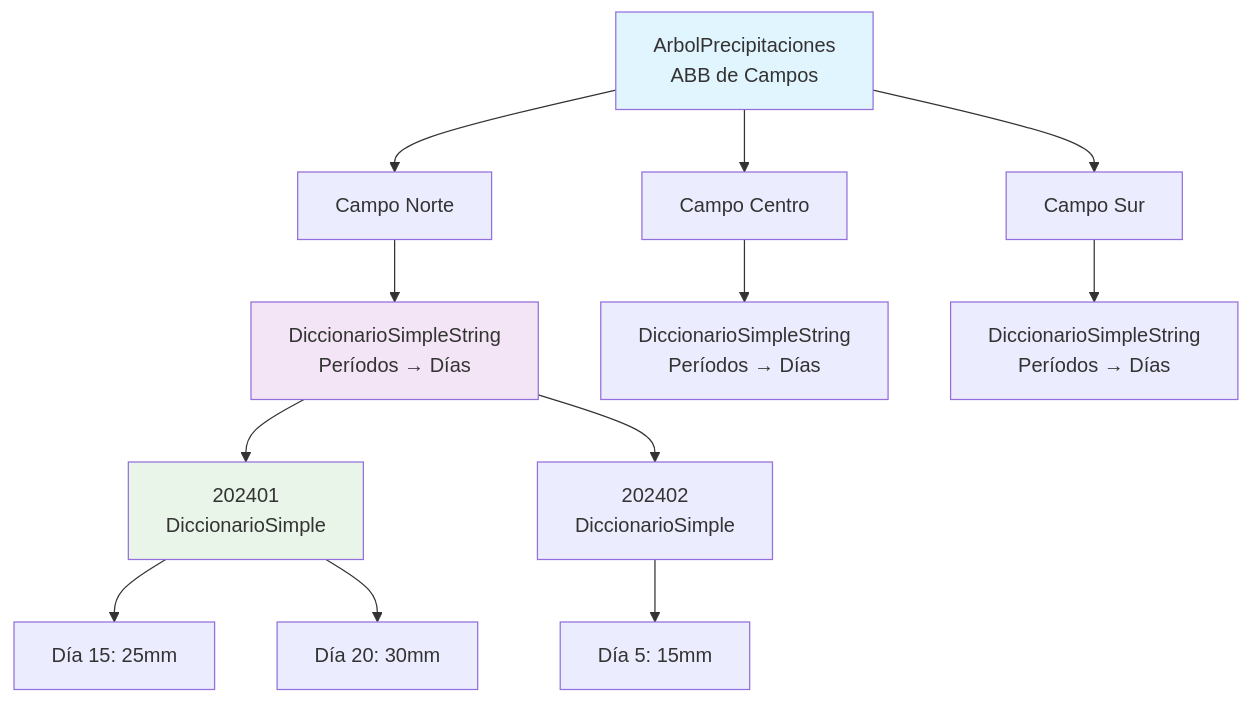
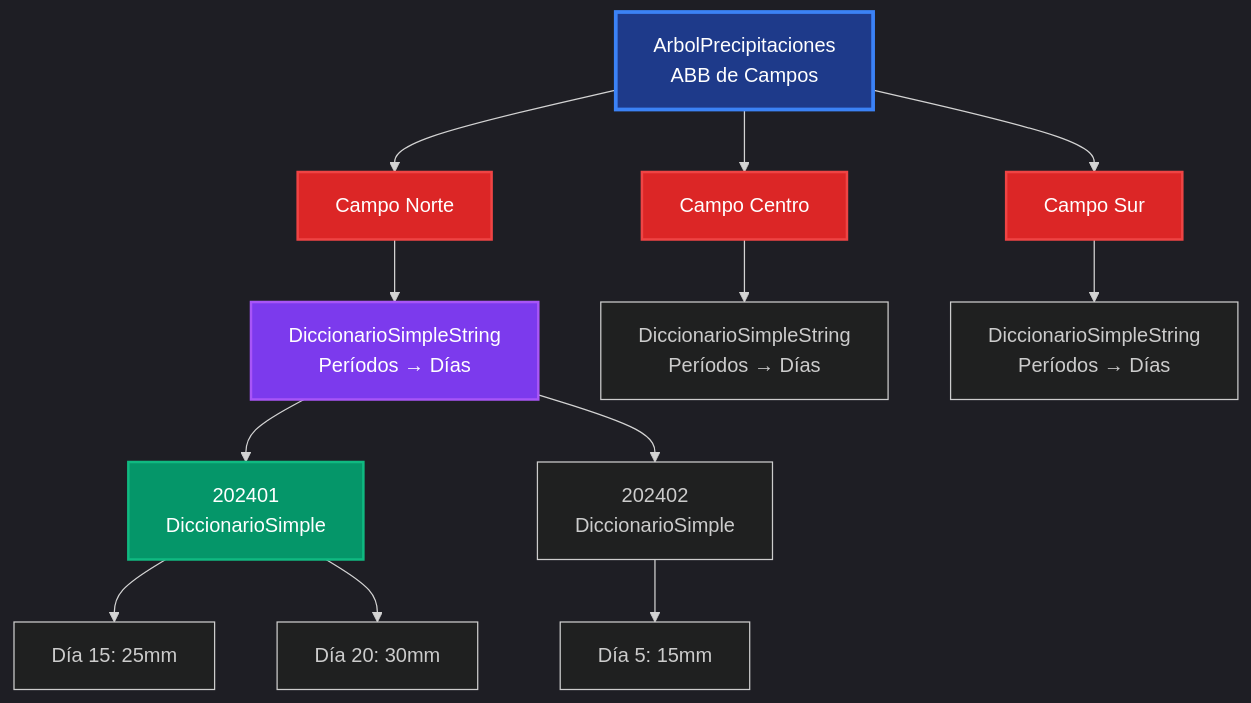
Before and after one commit to pybalt/algo2: the first of 19 diagrams in tp-final/README_IMPLEMENTACIONES.md, drawn with Mermaid. The commit also changed other lines of this file, not shown here.

Commit message:
Update README_IMPLEMENTACIONES.md to enhance diagram styles for dark mode, improving visual clarity and consistency across various sections.

````diff
--- a/tp-final/README_IMPLEMENTACIONES.md
+++ b/tp-final/README_IMPLEMENTACIONES.md
@@ -17,21 +17,25 @@
 ```mermaid
+%%{init: {'theme':'dark'}}%%
 graph TB
     A[ArbolPrecipitaciones<br/>ABB de Campos] --> B[Campo Norte]
     A --> C[Campo Centro] 
     A --> D[Campo Sur]
     
     B --> E[DiccionarioSimpleString<br/>Períodos → Días]
     C --> F[DiccionarioSimpleString<br/>Períodos → Días]
     D --> G[DiccionarioSimpleString<br/>Períodos → Días]
     
     E --> H[202401<br/>DiccionarioSimple]
     E --> I[202402<br/>DiccionarioSimple]
     
     H --> J[Día 15: 25mm]
     H --> K[Día 20: 30mm]
     I --> L[Día 5: 15mm]
     
-    style A fill:#e1f5fe
-    style E fill:#f3e5f5
-    style H fill:#e8f5e8
+    style A fill:#1e3a8a,stroke:#3b82f6,stroke-width:3px,color:#fff
+    style E fill:#7c3aed,stroke:#a855f7,stroke-width:2px,color:#fff
+    style H fill:#059669,stroke:#10b981,stroke-width:2px,color:#fff
+    style B fill:#dc2626,stroke:#ef4444,stroke-width:2px,color:#fff
+    style C fill:#dc2626,stroke:#ef4444,stroke-width:2px,color:#fff
+    style D fill:#dc2626,stroke:#ef4444,stroke-width:2px,color:#fff
 ```
````
